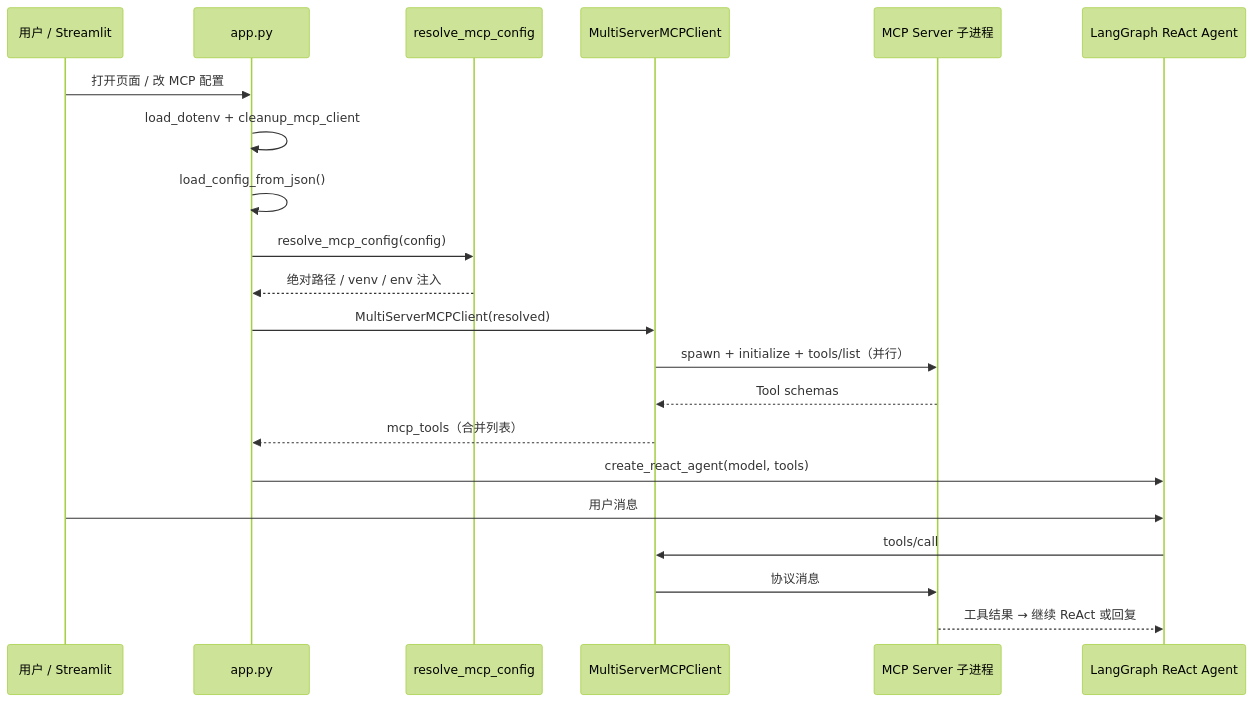
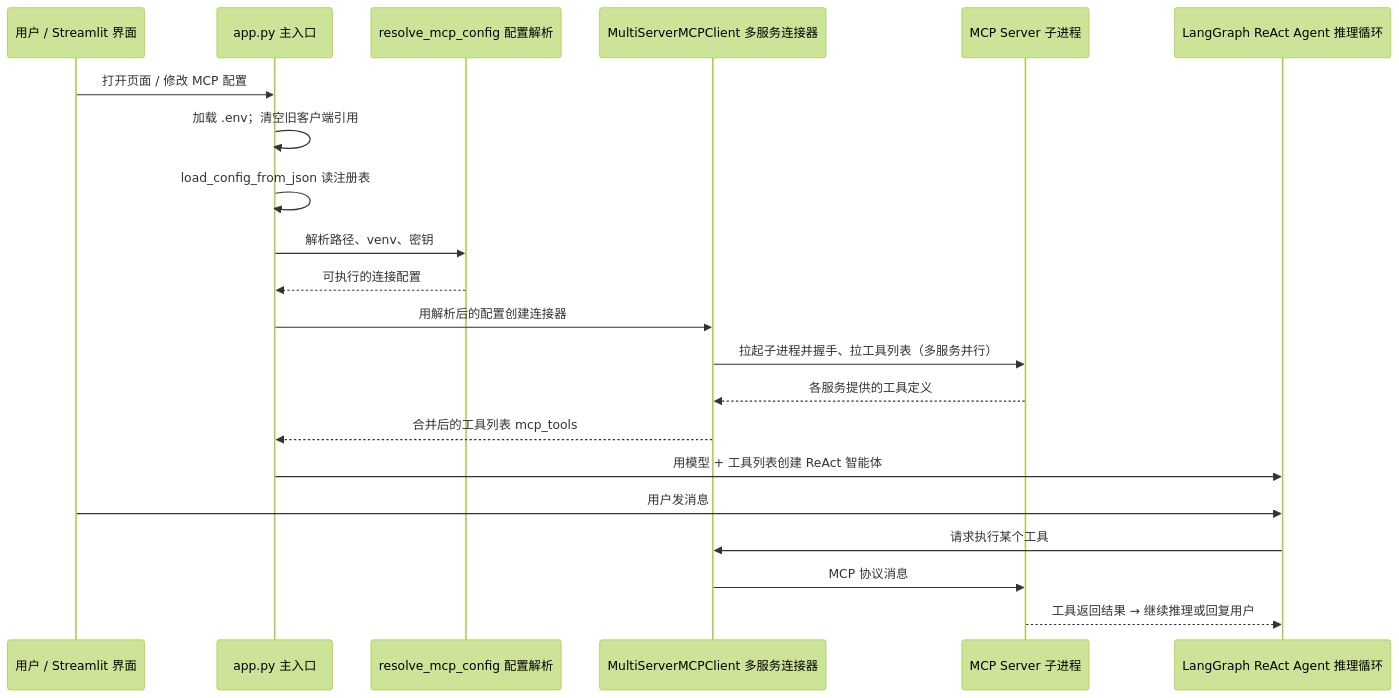
The diagram in agents-master/docs/project-design/MCP设计与管理.md (fireloop0828/contextbridge-agent), drawn with Mermaid (forest theme) before and after one commit. The commit also changed other lines of this file and 3 other files, not shown here.

````diff
--- a/agents-master/docs/project-design/MCP设计与管理.md
+++ b/agents-master/docs/project-design/MCP设计与管理.md
@@ -46,24 +48,24 @@
 ```mermaid
 sequenceDiagram
-  participant User as 用户 / Streamlit
-  participant App as app.py
-  participant Resolve as resolve_mcp_config
-  participant Client as MultiServerMCPClient
+  participant User as 用户 / Streamlit 界面
+  participant App as app.py 主入口
+  participant Resolve as resolve_mcp_config 配置解析
+  participant Client as MultiServerMCPClient 多服务连接器
   participant Srv as MCP Server 子进程
-  participant Agent as LangGraph ReAct Agent
+  participant Agent as LangGraph ReAct Agent 推理循环
 
-  User->>App: 打开页面 / 改 MCP 配置
-  App->>App: load_dotenv + cleanup_mcp_client
-  App->>App: load_config_from_json()
-  App->>Resolve: resolve_mcp_config(config)
-  Resolve-->>App: 绝对路径 / venv / env 注入
-  App->>Client: MultiServerMCPClient(resolved)
-  Client->>Srv: spawn + initialize + tools/list（并行）
-  Srv-->>Client: Tool schemas
-  Client-->>App: mcp_tools（合并列表）
-  App->>Agent: create_react_agent(model, tools)
-  User->>Agent: 用户消息
-  Agent->>Client: tools/call
-  Client->>Srv: 协议消息
-  Srv-->>Agent: 工具结果 → 继续 ReAct 或回复
+  User->>App: 打开页面 / 修改 MCP 配置
+  App->>App: 加载 .env；清空旧客户端引用
+  App->>App: load_config_from_json 读注册表
+  App->>Resolve: 解析路径、venv、密钥
+  Resolve-->>App: 可执行的连接配置
+  App->>Client: 用解析后的配置创建连接器
+  Client->>Srv: 拉起子进程并握手、拉工具列表（多服务并行）
+  Srv-->>Client: 各服务提供的工具定义
+  Client-->>App: 合并后的工具列表 mcp_tools
+  App->>Agent: 用模型 + 工具列表创建 ReAct 智能体
+  User->>Agent: 用户发消息
+  Agent->>Client: 请求执行某个工具
+  Client->>Srv: MCP 协议消息
+  Srv-->>Agent: 工具返回结果 → 继续推理或回复用户
 ```
````
